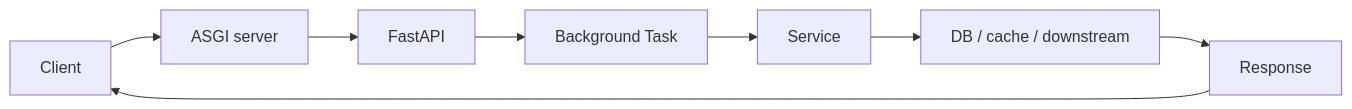
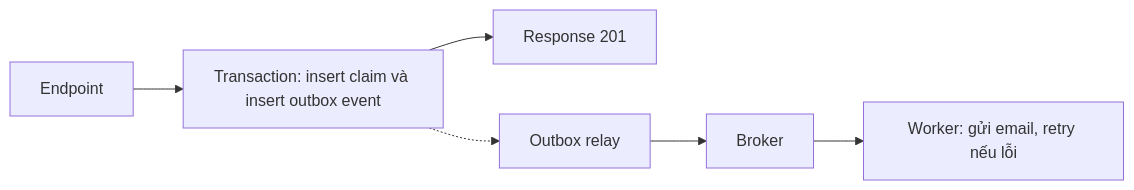
Before and after one commit to HuyNguyen-FinX/Try_Hard: the second of 2 diagrams in python/knowledges/03-fastapi/background-task.md, drawn with Mermaid. The commit also changed other lines of this file and 139 other files, not shown here.

````diff
--- a/python/knowledges/03-fastapi/background-task.md
+++ b/python/knowledges/03-fastapi/background-task.md
@@ -150,7 +82,8 @@
 ```mermaid
 flowchart LR
-            Client --> ASGI["ASGI server"] --> FastAPI
-            FastAPI --> Topic["Background Task"]
-            Topic --> Service --> Dependency["DB / cache / downstream"]
-            Dependency --> Response --> Client
+    EP["Endpoint"] --> TX["Transaction: insert claim và insert outbox event"]
+    TX --> Resp["Response 201"]
+    Relay["Outbox relay"] --> Broker["Broker"]
+    TX -.-> Relay
+    Broker --> W["Worker: gửi email, retry nếu lỗi"]
 ```
````
